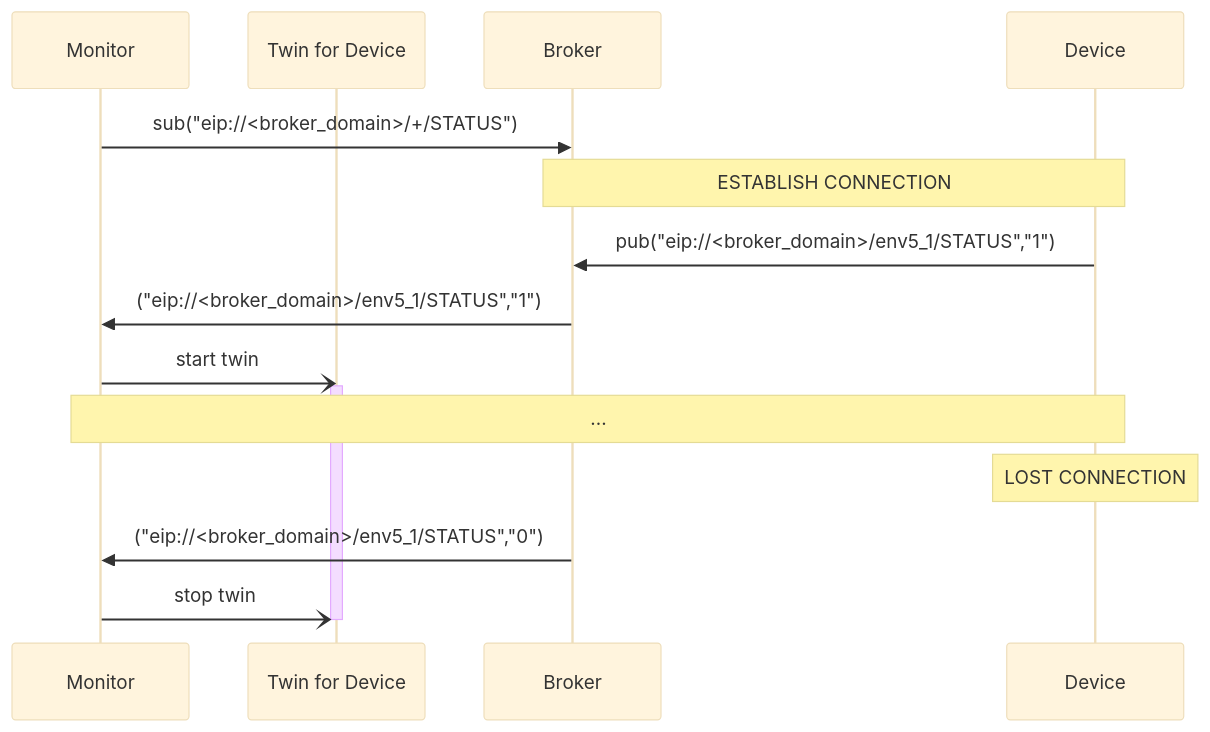
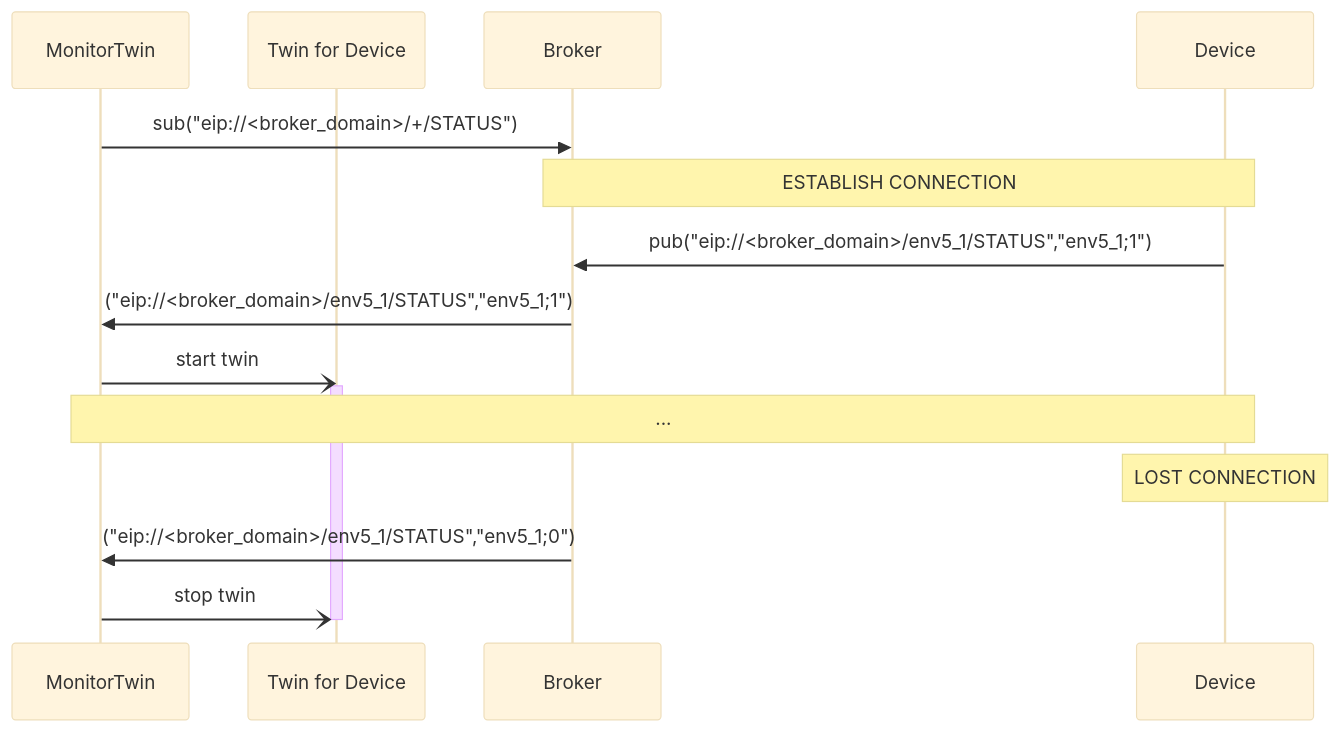
Before and after one commit to es-ude/elastic-ai.runtime.cloud: the first of 5 diagrams in EIP_PROTOCOL.md, drawn with Mermaid (base theme). The commit also changed other lines of this file and 48 other files, not shown here.

````diff
--- a/EIP_PROTOCOL.md
+++ b/EIP_PROTOCOL.md
@@ -50,19 +50,19 @@
 ```mermaid
 sequenceDiagram
-  participant m as Monitor
+  participant m as MonitorTwin
   participant t as Twin for Device
   participant b as Broker
   participant d as Device
 
   m ->> b: sub("eip://<broker_domain>/+/STATUS")
   Note over b,d: ESTABLISH CONNECTION
-  d ->> b: pub("eip://<broker_domain>/env5_1/STATUS","1")
-  b ->> m: ("eip://<broker_domain>/env5_1/STATUS","1")
+  d ->> b: pub("eip://<broker_domain>/env5_1/STATUS","env5_1#59;1")
+  b ->> m: ("eip://<broker_domain>/env5_1/STATUS","env5_1#59;1")
   m -) t: start twin
   activate t
   Note over m,d: ...
   Note over d: LOST CONNECTION
-  b ->> m: ("eip://<broker_domain>/env5_1/STATUS","0")
+  b ->> m: ("eip://<broker_domain>/env5_1/STATUS","env5_1#59;0")
   m -) t: stop twin
   deactivate t
 ```
````
